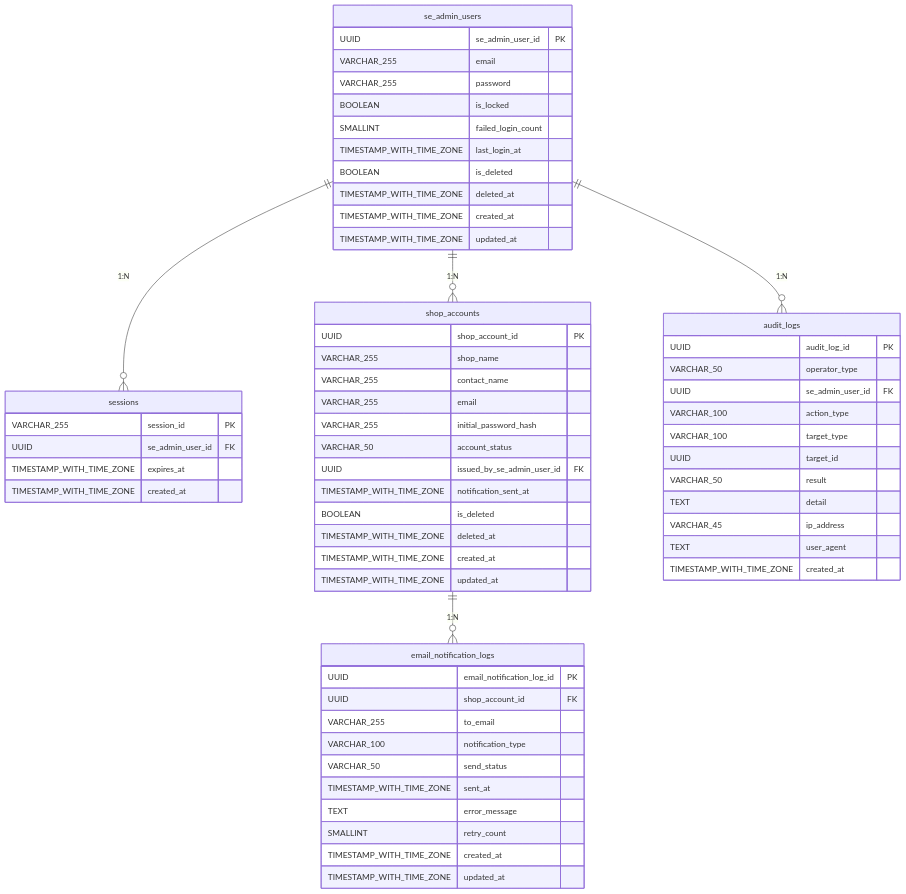
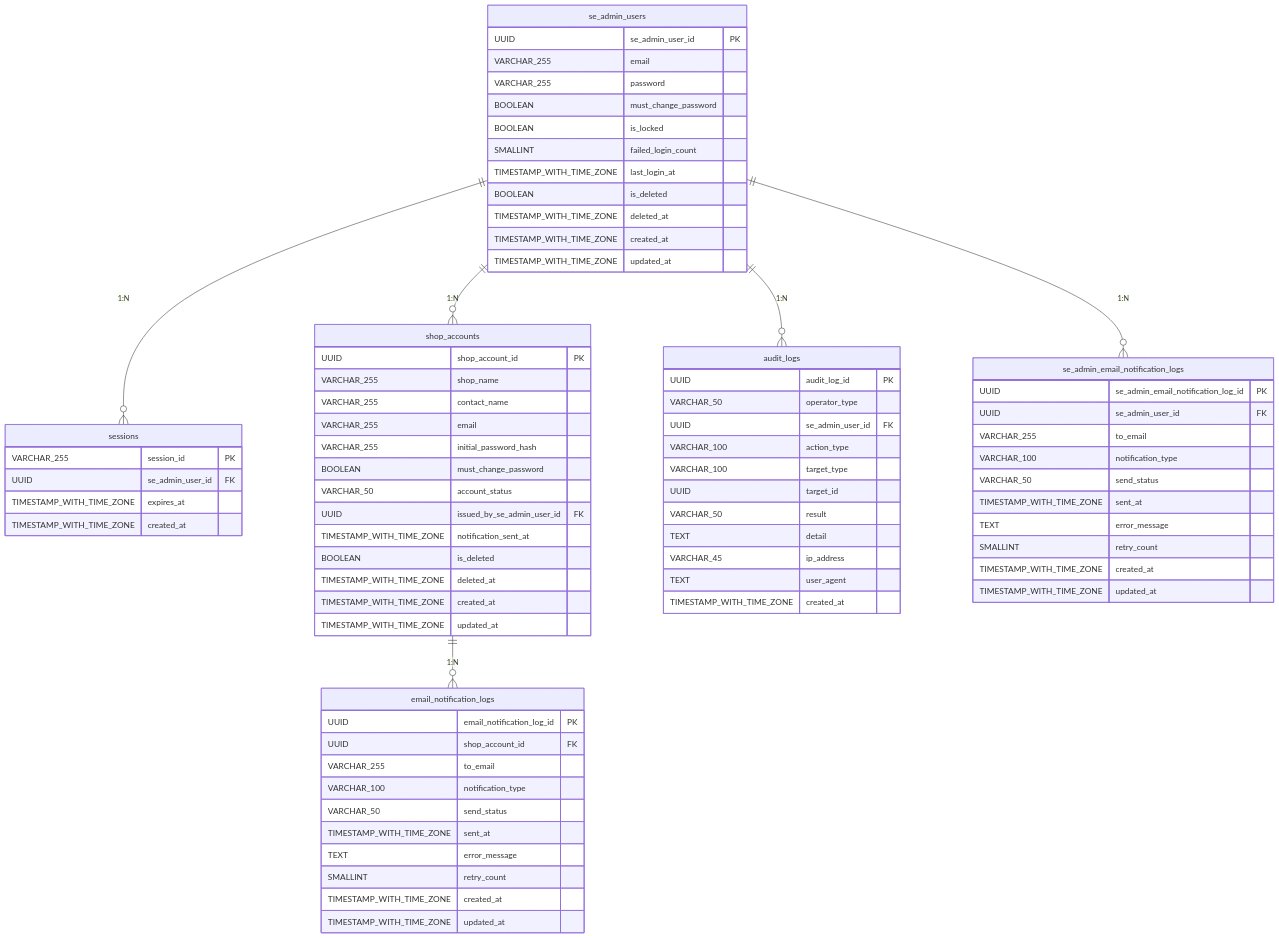
One commit to t-moriyama-r/shop_system changed the diagram in documents/SE管理画面/設計/基本設計/ER図.md. Above: the diagram before and after it, drawn with Mermaid. The commit also changed other lines of this file and 15 other files, not shown here.

````diff
--- a/documents/SE管理画面/設計/基本設計/ER図.md
+++ b/documents/SE管理画面/設計/基本設計/ER図.md
@@ -90,64 +108,79 @@
 ```mermaid
 erDiagram
     se_admin_users {
         UUID se_admin_user_id PK
         VARCHAR_255 email
         VARCHAR_255 password
+        BOOLEAN must_change_password
         BOOLEAN is_locked
         SMALLINT failed_login_count
         TIMESTAMP_WITH_TIME_ZONE last_login_at
         BOOLEAN is_deleted
         TIMESTAMP_WITH_TIME_ZONE deleted_at
         TIMESTAMP_WITH_TIME_ZONE created_at
         TIMESTAMP_WITH_TIME_ZONE updated_at
     }
     sessions {
         VARCHAR_255 session_id PK
         UUID se_admin_user_id FK
         TIMESTAMP_WITH_TIME_ZONE expires_at
         TIMESTAMP_WITH_TIME_ZONE created_at
     }
     shop_accounts {
         UUID shop_account_id PK
         VARCHAR_255 shop_name
         VARCHAR_255 contact_name
         VARCHAR_255 email
         VARCHAR_255 initial_password_hash
+        BOOLEAN must_change_password
         VARCHAR_50 account_status
         UUID issued_by_se_admin_user_id FK
         TIMESTAMP_WITH_TIME_ZONE notification_sent_at
         BOOLEAN is_deleted
         TIMESTAMP_WITH_TIME_ZONE deleted_at
         TIMESTAMP_WITH_TIME_ZONE created_at
         TIMESTAMP_WITH_TIME_ZONE updated_at
     }
     audit_logs {
         UUID audit_log_id PK
         VARCHAR_50 operator_type
         UUID se_admin_user_id FK
         VARCHAR_100 action_type
         VARCHAR_100 target_type
         UUID target_id
         VARCHAR_50 result
         TEXT detail
         VARCHAR_45 ip_address
         TEXT user_agent
         TIMESTAMP_WITH_TIME_ZONE created_at
     }
     email_notification_logs {
         UUID email_notification_log_id PK
         UUID shop_account_id FK
         VARCHAR_255 to_email
         VARCHAR_100 notification_type
         VARCHAR_50 send_status
         TIMESTAMP_WITH_TIME_ZONE sent_at
         TEXT error_message
         SMALLINT retry_count
         TIMESTAMP_WITH_TIME_ZONE created_at
         TIMESTAMP_WITH_TIME_ZONE updated_at
     }
+    se_admin_email_notification_logs {
+        UUID se_admin_email_notification_log_id PK
+        UUID se_admin_user_id FK
+        VARCHAR_255 to_email
+        VARCHAR_100 notification_type
+        VARCHAR_50 send_status
+        TIMESTAMP_WITH_TIME_ZONE sent_at
+        TEXT error_message
+        SMALLINT retry_count
+        TIMESTAMP_WITH_TIME_ZONE created_at
+        TIMESTAMP_WITH_TIME_ZONE updated_at
+    }
     se_admin_users ||--o{ sessions : "1:N"
     se_admin_users ||--o{ shop_accounts : "1:N"
     se_admin_users ||--o{ audit_logs : "1:N"
+    se_admin_users ||--o{ se_admin_email_notification_logs : "1:N"
     shop_accounts ||--o{ email_notification_logs : "1:N"
 ```
````
